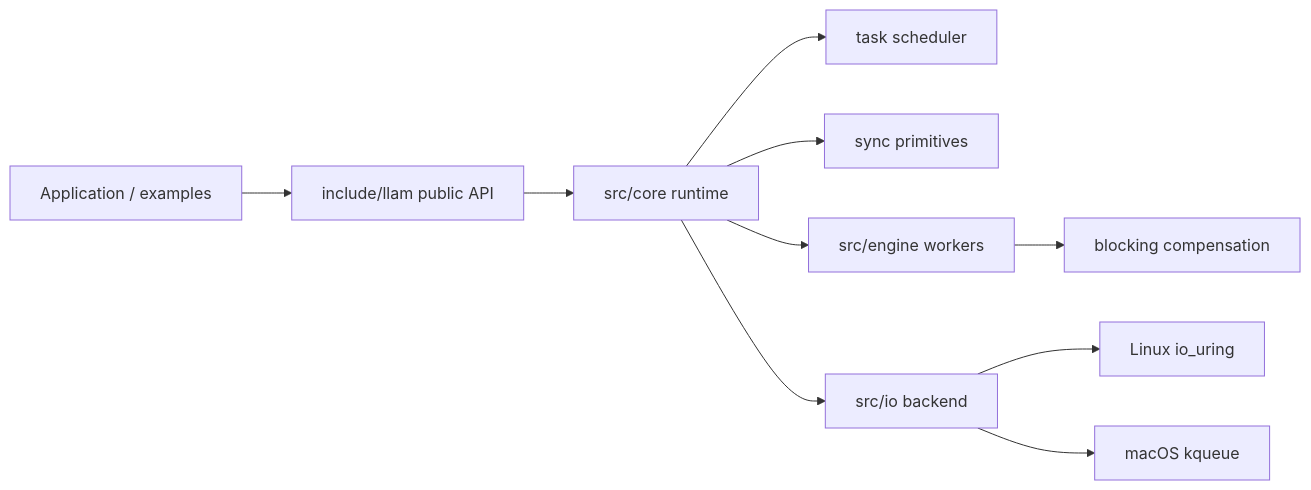
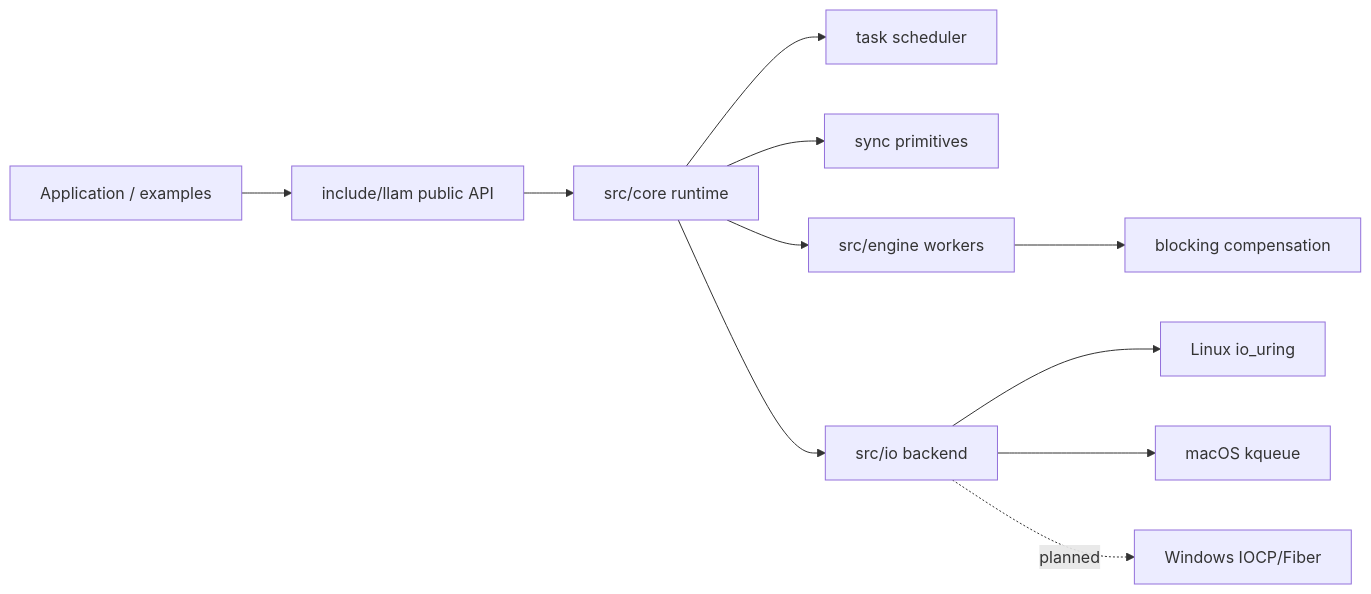
One commit to Feralthedogg/LLAM changed the diagram in README.md. Above: the diagram before and after it, drawn with Mermaid. The commit also changed other lines of this file and 131 other files, not shown here.

````diff
--- a/README.md
+++ b/README.md
@@ -639,12 +733,13 @@
 ```mermaid
 flowchart LR
     App[Application / examples] --> API[include/llam public API]
     API --> Core[src/core runtime]
     Core --> Scheduler[task scheduler]
     Core --> Sync[sync primitives]
     Core --> Engine[src/engine workers]
     Engine --> Blocking[blocking compensation]
     Core --> IO[src/io backend]
     IO --> Linux[Linux io_uring]
     IO --> Darwin[macOS kqueue]
+    IO -. planned .-> Windows[Windows IOCP/Fiber]
 ```
````
